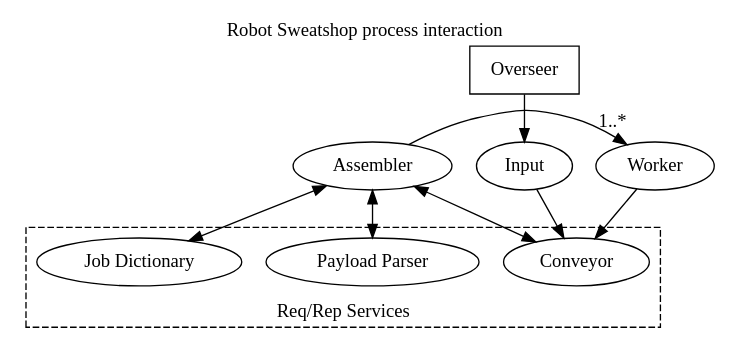
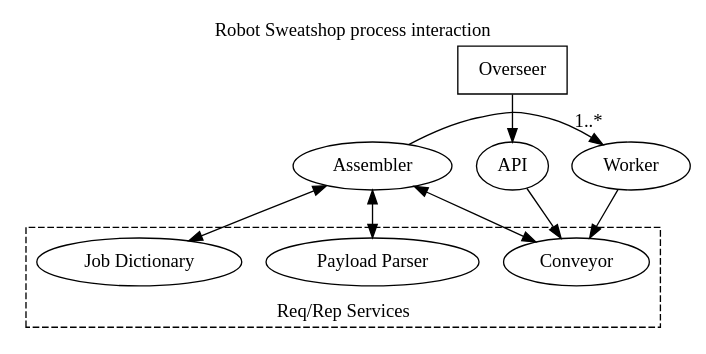
One commit to JScott/robot_sweatshop changed the diagram in docs/architecture.dot. Above: the diagram before and after it, drawn with Graphviz. The commit also changed 14 other files, not shown here.

Commit message:
Input -> API

```diff
--- a/docs/architecture.dot
+++ b/docs/architecture.dot
@@ -1,27 +1,27 @@
 digraph architecture {
   label="Robot Sweatshop process interaction"
   labelloc="top"
 
-  O [label="Overseer",shape=box]
-  I [label="Input"]
-  A [label="Assembler"]
-  W [label="Worker"]
+  overseer [label="Overseer",shape=box]
+  api [label="API"]
+  assembler [label="Assembler"]
+  worker [label="Worker"]
   subgraph cluster_services {
     label="Req/Rep Services"
     labelloc="bottom"
     style="dashed"
-    C [label="Conveyor"]
-    P [label="Payload Parser"]
-    D [label="Job Dictionary"]
+    conveyor [label="Conveyor"]
+    parser [label="Payload Parser"]
+    dictionary [label="Job Dictionary"]
   }
 
-  O->I
-  I->C
-  A->C [dir="both"]
-  A->P [dir="both"]
-  A->D [dir="both"]
-  A->W [headlabel="1..*",labeldistance=2]
-  W->C
+  overseer->api
+  api->conveyor
+  assembler->conveyor [dir="both"]
+  assembler->parser [dir="both"]
+  assembler->dictionary [dir="both"]
+  assembler->worker [headlabel="1..*",labeldistance=2]
+  worker->conveyor
 
-  { rank=same; I W A }
+  { rank=same; api worker assembler }
 }
```
